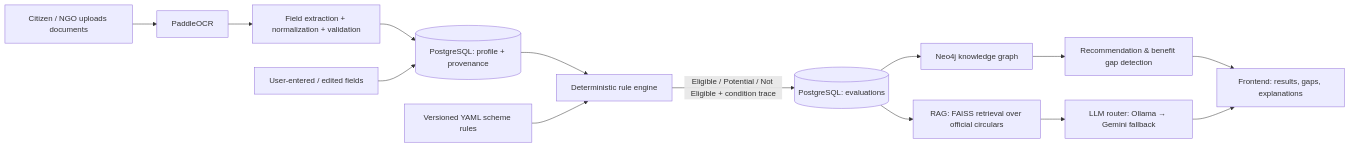
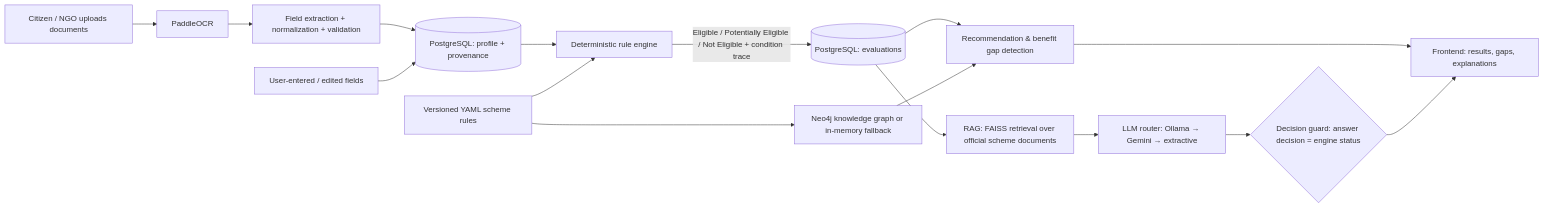
The first of 2 diagrams in README.md (ParthG2209/AI-Citizen-Assistant), drawn with Mermaid before and after one commit. The commit also changed other lines of this file and 48 other files, not shown here.

First line of the commit message:
docs: frontend integration guide, API spec, architecture, real fixtures; fail-fast DB + .env loading

````diff
--- a/README.md
+++ b/README.md
@@ -274,16 +372,18 @@
 ```mermaid
 flowchart LR
     A[Citizen / NGO uploads documents] --> B[PaddleOCR]
     B --> C[Field extraction + normalization + validation]
     C --> D[(PostgreSQL: profile + provenance)]
     U[User-entered / edited fields] --> D
     D --> E[Deterministic rule engine]
     R[Versioned YAML scheme rules] --> E
-    E -->|Eligible / Potential / Not Eligible + condition trace| F[(PostgreSQL: evaluations)]
-    F --> G[Neo4j knowledge graph]
-    G --> H[Recommendation & benefit gap detection]
-    F --> I[RAG: FAISS retrieval over official circulars]
-    I --> J[LLM router: Ollama → Gemini fallback]
+    E -->|Eligible / Potentially Eligible / Not Eligible + condition trace| F[(PostgreSQL: evaluations)]
+    R --> G[Neo4j knowledge graph or in-memory fallback]
+    F --> H[Recommendation & benefit gap detection]
+    G --> H
+    F --> I[RAG: FAISS retrieval over official scheme documents]
+    I --> J[LLM router: Ollama → Gemini → extractive]
+    J --> V{Decision guard: answer decision = engine status}
     H --> K[Frontend: results, gaps, explanations]
-    J --> K
+    V --> K
 ```
````
